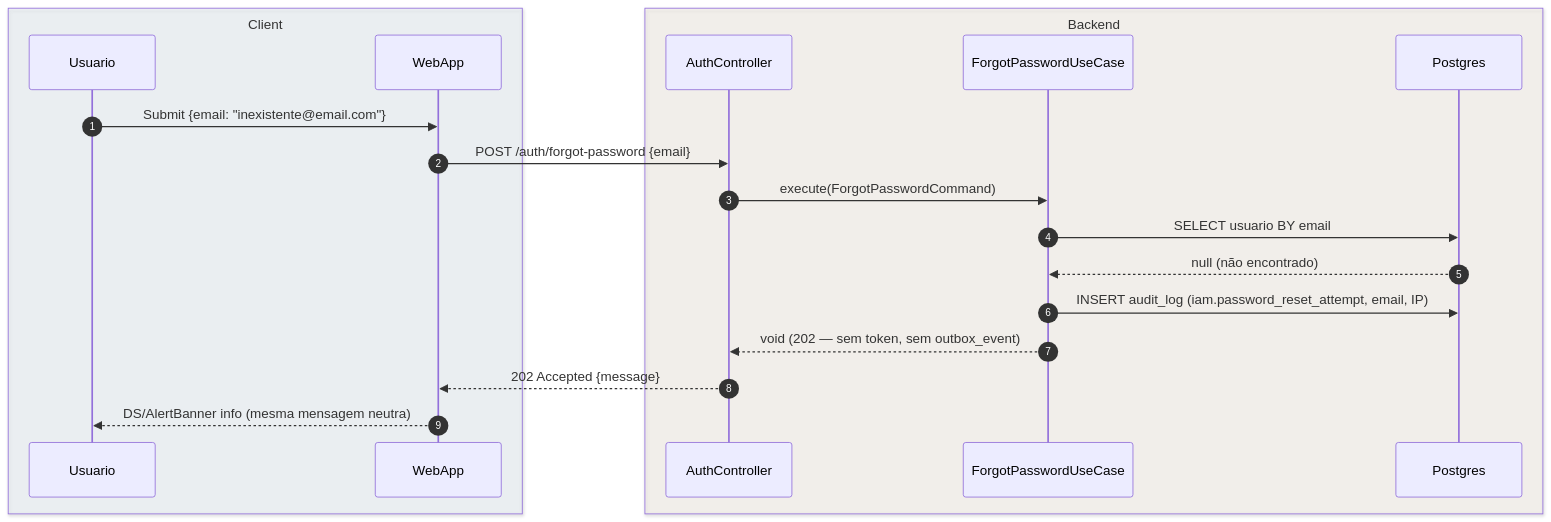
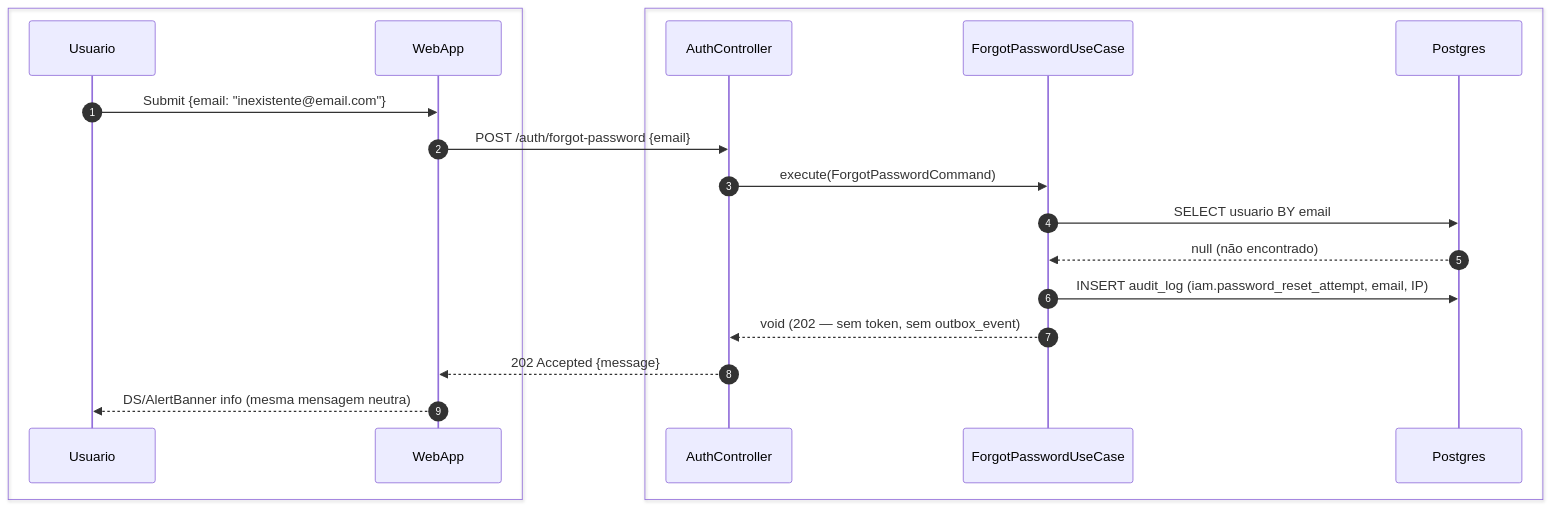
Before and after one commit to umishell/secretariaOnline2: the second of 3 diagrams in foundationDocs/sequenceDiagrams/F0 — Público/US-F0-002-RECUPERAR-SENHA.md, drawn with Mermaid. The commit also changed other lines of this file and 70 other files, not shown here.

First line of the commit message:
Enhance database documentation and introduce new schema files

````diff
--- a/foundationDocs/sequenceDiagrams/F0 — Público/US-F0-002-RECUPERAR-SENHA.md
+++ b/foundationDocs/sequenceDiagrams/F0 — Público/US-F0-002-RECUPERAR-SENHA.md
@@ -100,23 +100,23 @@
 ```mermaid
 sequenceDiagram
     autonumber
-    box rgba(230,245,255,0.3) Client
+    box #e8f4fc Cliente
         participant Usuario
         participant WebApp
     end
-    box rgba(255,245,230,0.3) Backend
+    box #fff8ee Servidor
         participant AC as AuthController
         participant UC as ForgotPasswordUseCase
         participant DB as Postgres
     end
 
     Usuario->>WebApp: Submit {email: "inexistente@email.com"}
     WebApp->>AC: POST /auth/forgot-password {email}
     AC->>UC: execute(ForgotPasswordCommand)
     UC->>DB: SELECT usuario BY email
     DB-->>UC: null (não encontrado)
     UC->>DB: INSERT audit_log (iam.password_reset_attempt, email, IP)
     UC-->>AC: void (202 — sem token, sem outbox_event)
     AC-->>WebApp: 202 Accepted {message}
     WebApp-->>Usuario: DS/AlertBanner info (mesma mensagem neutra)
 ```
````
